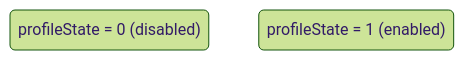
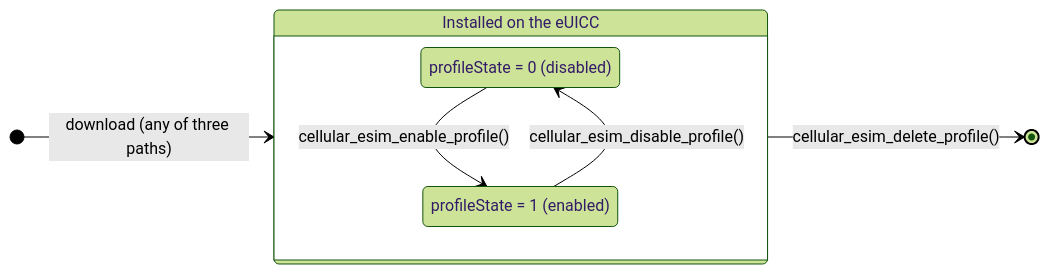
One commit to Blitzy-Sky/rdkb-halif-lpa changed the third of 3 diagrams in docs/pages/halSpec.md. Above: the diagram before and after it, drawn with Mermaid (forest theme). The commit also changed other lines of this file, not shown here.

````diff
--- a/docs/pages/halSpec.md
+++ b/docs/pages/halSpec.md
@@ -385,5 +384,12 @@
 ```mermaid
 stateDiagram-v2
-    state "profileState = 0 (disabled)" as Disabled
-    state "profileState = 1 (enabled)" as Enabled
+    direction LR
+    state "Installed on the eUICC" as Installed {
+        state "profileState = 0 (disabled)" as Disabled
+        state "profileState = 1 (enabled)" as Enabled
+        Disabled --> Enabled : cellular_esim_enable_profile()
+        Enabled --> Disabled : cellular_esim_disable_profile()
+    }
+    [*] --> Installed : download (any of three paths)
+    Installed --> [*] : cellular_esim_delete_profile()
 ```
````
